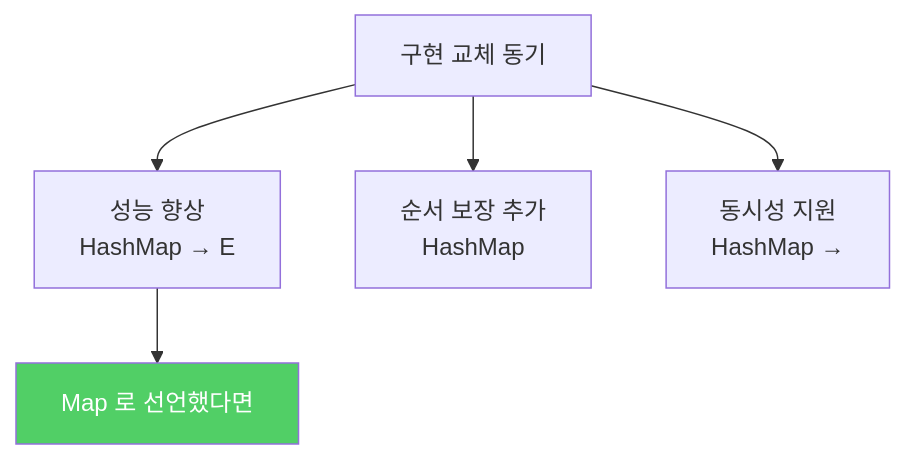
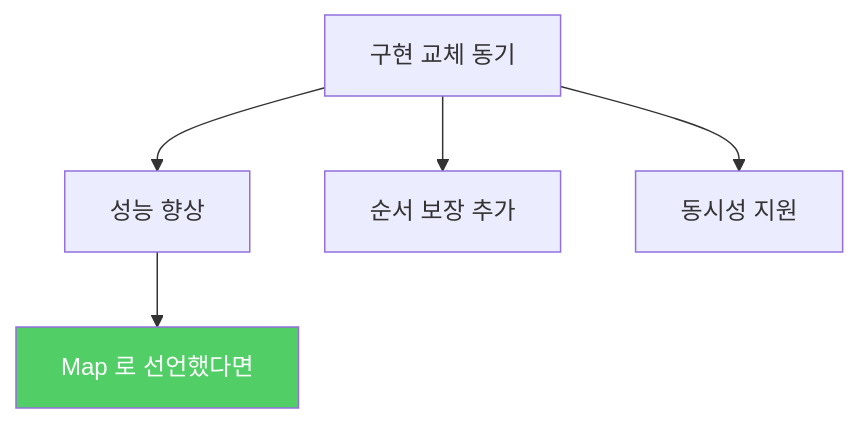
Before and after one commit to yjkim2015/yjkim2015.github.io: the diagram in _posts/java/2022-02-13-effective-java64.md, drawn with Mermaid. The commit also changed 217 other files, not shown here.

First line of the commit message:
Mermaid 크기 수정: useMaxWidth:true + SVG max-width:100% + 라벨 축소

````diff
--- a/_posts/java/2022-02-13-effective-java64.md
+++ b/_posts/java/2022-02-13-effective-java64.md
@@ -56,8 +56,8 @@
 ```mermaid
 graph TD
-    A["구현 교체 동기"] --> B["성능 향상\nHashMap → E"]
-    A --> C["순서 보장 추가\nHashMap"]
-    A --> D["동시성 지원\nHashMap →"]
-    B --> E["Map<K,V> 로 선언했다면\n"]
+    A["구현 교체 동기"] --> B["성능 향상"]
+    A --> C["순서 보장 추가"]
+    A --> D["동시성 지원"]
+    B --> E["Map<K,V> 로 선언했다면"]
     style E fill:#51cf66,color:#fff
 ```
````
